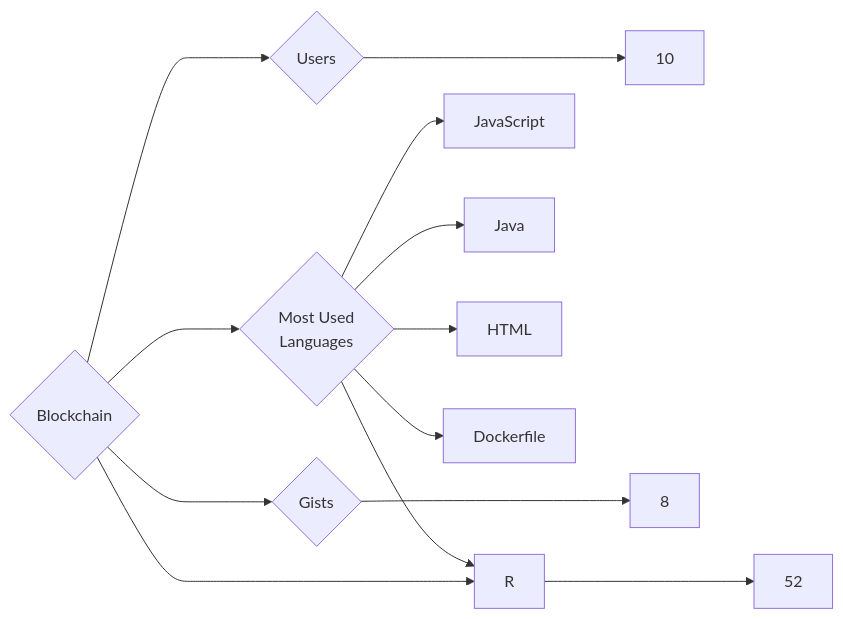
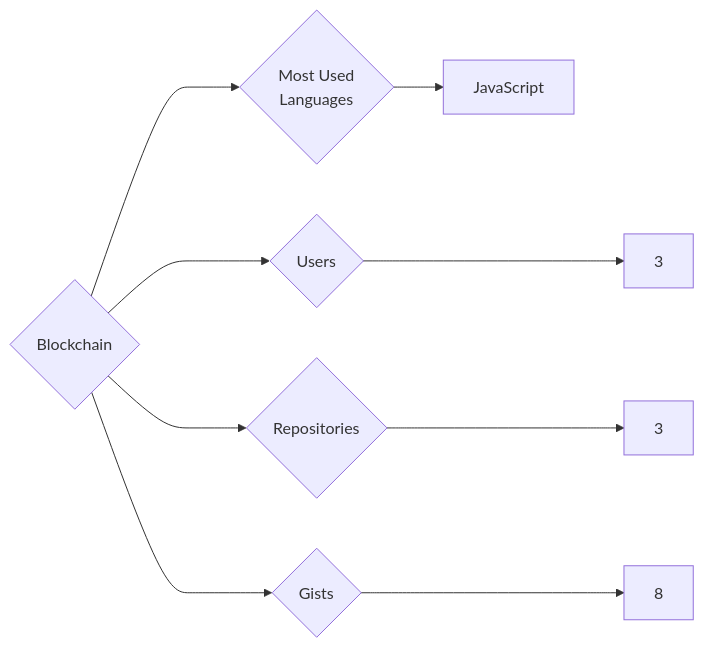
One commit to trickest/insiders changed the diagram in targets/Blockchain/README.md. Above: the diagram before and after it, drawn with Mermaid. The commit also changed 933 other files, not shown here.

````diff
--- a/targets/Blockchain/README.md
+++ b/targets/Blockchain/README.md
@@ -3,13 +3,9 @@
 ```mermaid
 graph LR
 COMPANY_NAME{Blockchain}
-COMPANY_NAME ---> U{Users} ---> UN[10]
-COMPANY_NAME ---> R{Repositories} ---> RN[52]
+COMPANY_NAME ---> U{Users} ---> UN[3]
+COMPANY_NAME ---> R{Repositories} ---> RN[3]
 COMPANY_NAME ---> G{Gists} ---> GN[8]
 COMPANY_NAME ---> ML{Most Used<br>Languages}
 ML --> JavaScript[JavaScript]
-ML --> Java[Java]
-ML --> R[R]
-ML --> HTML[HTML]
-ML --> Dockerfile[Dockerfile]
 ```
````
